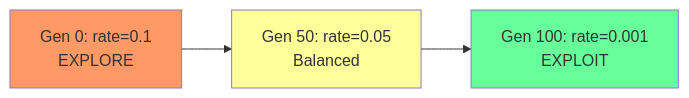
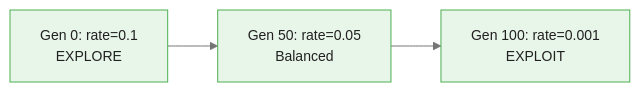
The third of 4 diagrams in courses/genetic-algorithms-feature-selection/modules/module_01_ga_fundamentals/guides/03_genetic_operators_slides.md (m-deane/course-creator), drawn with Mermaid before and after one commit. The commit also changed other lines of this file and 52 other files, not shown here.

````diff
--- a/courses/genetic-algorithms-feature-selection/modules/module_01_ga_fundamentals/guides/03_genetic_operators_slides.md
+++ b/courses/genetic-algorithms-feature-selection/modules/module_01_ga_fundamentals/guides/03_genetic_operators_slides.md
@@ -300,7 +299,5 @@
 ```mermaid
+%%{init: {"theme": "base", "themeVariables": {"primaryColor": "#e8f5e9", "primaryBorderColor": "#4caf50", "primaryTextColor": "#212121", "secondaryColor": "#e3f2fd", "tertiaryColor": "#fff8e1", "lineColor": "#757575", "fontFamily": "Inter, sans-serif", "fontSize": "14px"}}}%%
 graph LR
     A["Gen 0: rate=0.1<br/>EXPLORE"] --> B["Gen 50: rate=0.05<br/>Balanced"] --> C["Gen 100: rate=0.001<br/>EXPLOIT"]
-    style A fill:#f96
-    style B fill:#ff9
-    style C fill:#6f9
 ```
````
